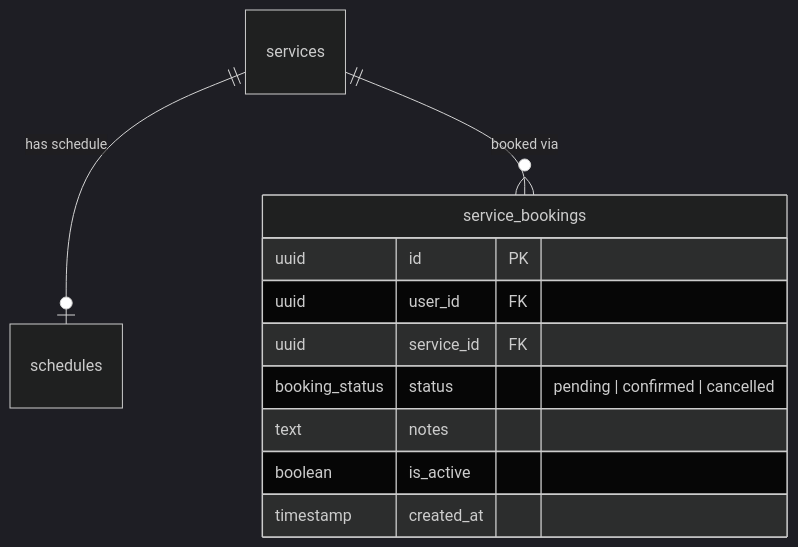
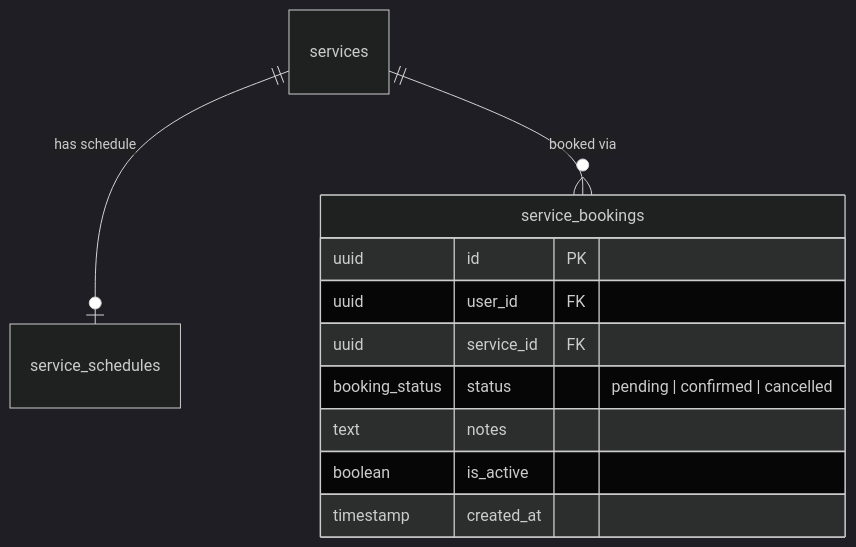
The third of 3 diagrams in docs/services.md (hack4impact/mcld-project), drawn with Mermaid (dark theme) before and after one commit. The commit also changed other lines of this file and 4 other files, not shown here.

````diff
--- a/docs/services.md
+++ b/docs/services.md
@@ -42,15 +43,15 @@
 ```mermaid
 erDiagram
     service_bookings {
         uuid id PK
         uuid user_id FK
         uuid service_id FK
         booking_status status "pending | confirmed | cancelled"
         text notes
         boolean is_active
         timestamp created_at
     }
 
-    services ||--o| schedules : "has schedule"
+    services ||--o| service_schedules : "has schedule"
     services ||--o{ service_bookings : "booked via"
 ```
````
